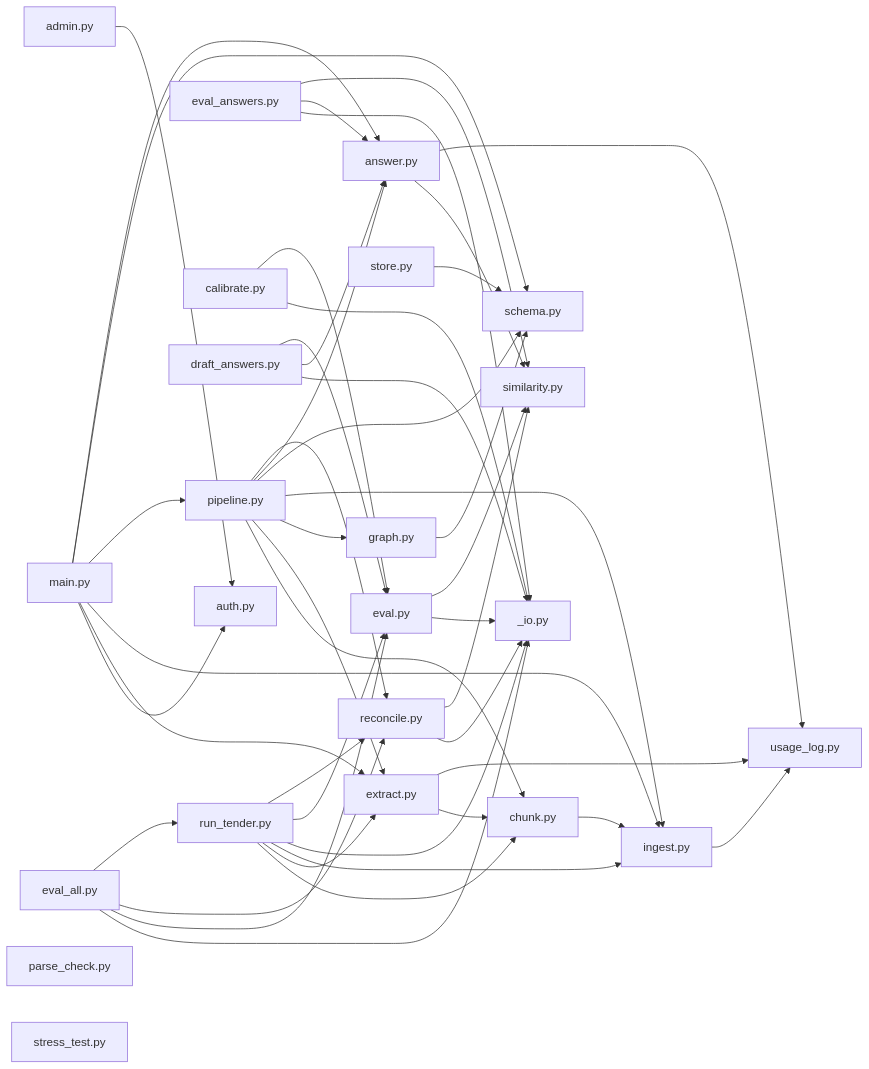
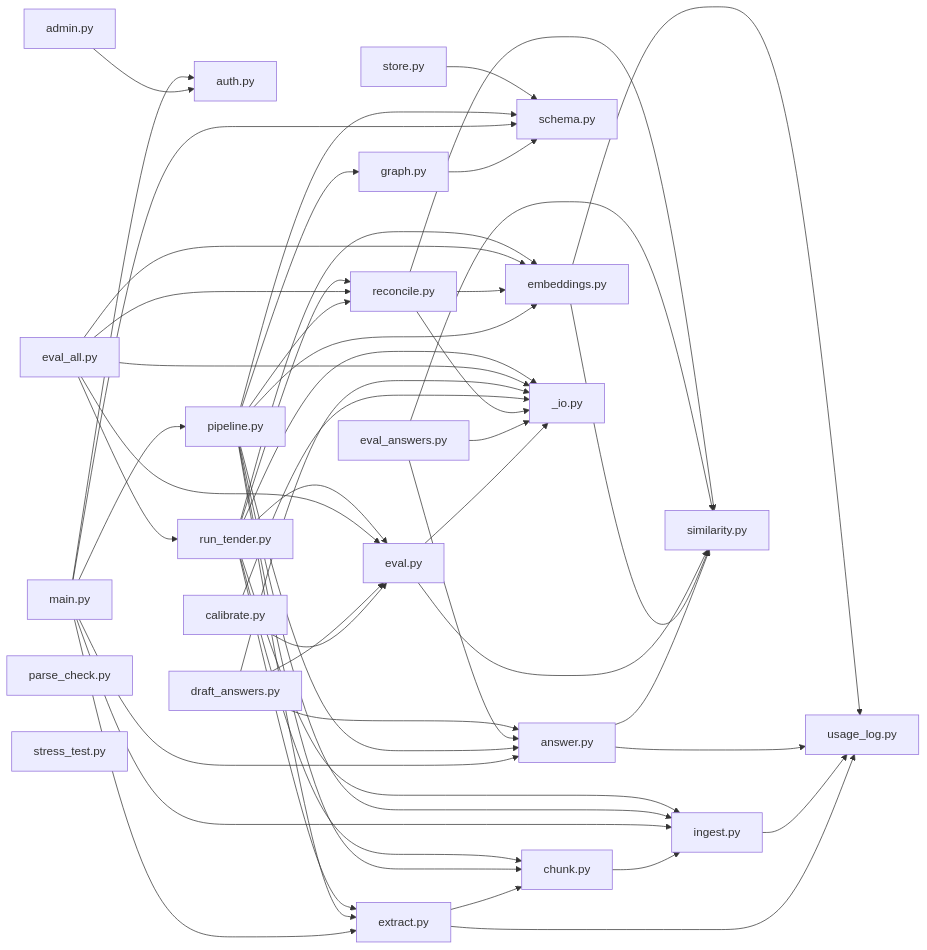
The third of 3 diagrams in CODEMAP.md (Welddevelopment/Bidframe), drawn with Mermaid before and after one commit. The commit also changed other lines of this file and 12 other files, not shown here.

````diff
--- a/CODEMAP.md
+++ b/CODEMAP.md
@@ -240,49 +240,55 @@
 ```mermaid
 graph LR
   n0[admin.py] --> n1[auth.py]
   n2[chunk.py] --> n3[ingest.py]
   n4[extract.py] --> n2[chunk.py]
   n4[extract.py] --> n5[usage_log.py]
   n6[graph.py] --> n7[schema.py]
   n3[ingest.py] --> n5[usage_log.py]
   n8[main.py] --> n1[auth.py]
   n8[main.py] --> n4[extract.py]
   n8[main.py] --> n3[ingest.py]
   n8[main.py] --> n9[pipeline.py]
   n8[main.py] --> n7[schema.py]
   n8[main.py] --> n10[answer.py]
   n9[pipeline.py] --> n2[chunk.py]
   n9[pipeline.py] --> n4[extract.py]
   n9[pipeline.py] --> n6[graph.py]
   n9[pipeline.py] --> n3[ingest.py]
   n9[pipeline.py] --> n7[schema.py]
   n9[pipeline.py] --> n10[answer.py]
-  n9[pipeline.py] --> n11[reconcile.py]
-  n12[store.py] --> n7[schema.py]
-  n10[answer.py] --> n13[similarity.py]
+  n9[pipeline.py] --> n11[embeddings.py]
+  n9[pipeline.py] --> n12[reconcile.py]
+  n13[store.py] --> n7[schema.py]
+  n10[answer.py] --> n14[similarity.py]
   n10[answer.py] --> n5[usage_log.py]
-  n14[eval.py] --> n15[_io.py]
-  n14[eval.py] --> n13[similarity.py]
-  n16[eval_answers.py] --> n15[_io.py]
-  n16[eval_answers.py] --> n10[answer.py]
-  n16[eval_answers.py] --> n13[similarity.py]
-  n11[reconcile.py] --> n15[_io.py]
-  n11[reconcile.py] --> n13[similarity.py]
-  n17[calibrate.py] --> n15[_io.py]
-  n17[calibrate.py] --> n14[eval.py]
-  n18[draft_answers.py] --> n15[_io.py]
-  n18[draft_answers.py] --> n10[answer.py]
-  n18[draft_answers.py] --> n14[eval.py]
-  n19[eval_all.py] --> n15[_io.py]
-  n19[eval_all.py] --> n14[eval.py]
-  n19[eval_all.py] --> n11[reconcile.py]
-  n19[eval_all.py] --> n20[run_tender.py]
-  n20[run_tender.py] --> n2[chunk.py]
-  n20[run_tender.py] --> n4[extract.py]
-  n20[run_tender.py] --> n3[ingest.py]
-  n20[run_tender.py] --> n15[_io.py]
-  n20[run_tender.py] --> n14[eval.py]
-  n20[run_tender.py] --> n11[reconcile.py]
-  n21[parse_check.py]
-  n22[stress_test.py]
+  n11[embeddings.py] --> n14[similarity.py]
+  n11[embeddings.py] --> n5[usage_log.py]
+  n15[eval.py] --> n16[_io.py]
+  n15[eval.py] --> n14[similarity.py]
+  n17[eval_answers.py] --> n16[_io.py]
+  n17[eval_answers.py] --> n10[answer.py]
+  n17[eval_answers.py] --> n14[similarity.py]
+  n12[reconcile.py] --> n16[_io.py]
+  n12[reconcile.py] --> n11[embeddings.py]
+  n12[reconcile.py] --> n14[similarity.py]
+  n18[calibrate.py] --> n16[_io.py]
+  n18[calibrate.py] --> n15[eval.py]
+  n19[draft_answers.py] --> n16[_io.py]
+  n19[draft_answers.py] --> n10[answer.py]
+  n19[draft_answers.py] --> n15[eval.py]
+  n20[eval_all.py] --> n16[_io.py]
+  n20[eval_all.py] --> n11[embeddings.py]
+  n20[eval_all.py] --> n15[eval.py]
+  n20[eval_all.py] --> n12[reconcile.py]
+  n20[eval_all.py] --> n21[run_tender.py]
+  n21[run_tender.py] --> n2[chunk.py]
+  n21[run_tender.py] --> n4[extract.py]
+  n21[run_tender.py] --> n3[ingest.py]
+  n21[run_tender.py] --> n16[_io.py]
+  n21[run_tender.py] --> n11[embeddings.py]
+  n21[run_tender.py] --> n15[eval.py]
+  n21[run_tender.py] --> n12[reconcile.py]
+  n22[parse_check.py]
+  n23[stress_test.py]
 ```
````
